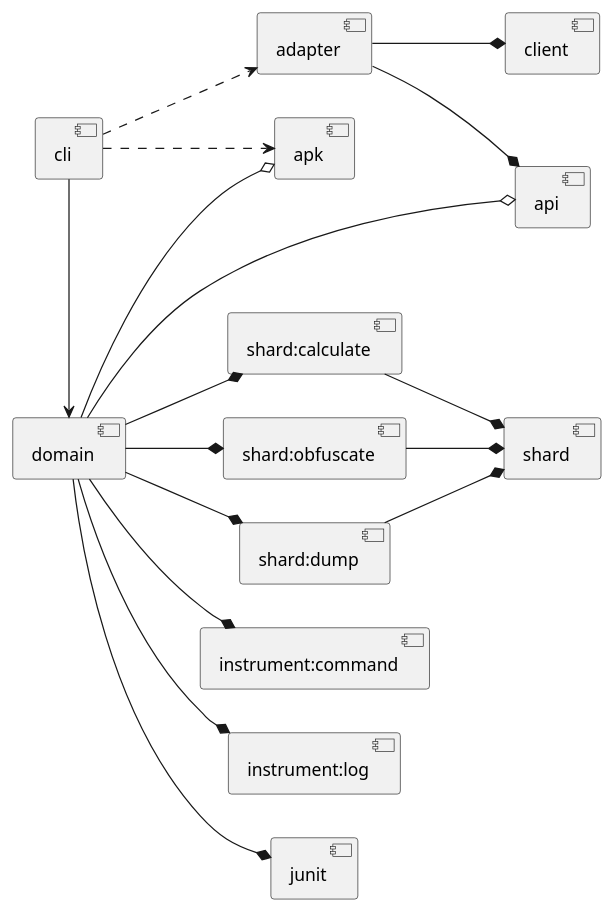
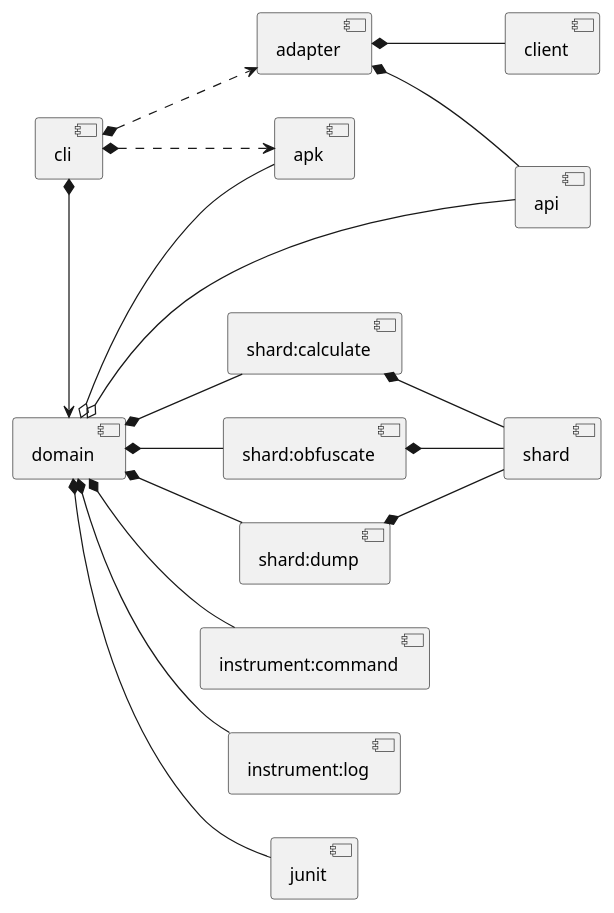
Before and after one commit to Flank/flank: the diagram in docs/corellium/modules.puml, drawn with PlantUML. The commit also changed 1 other file, not shown here.

Commit message:
Fix diagrams

```diff
--- a/docs/corellium/modules.puml
+++ b/docs/corellium/modules.puml
@@ -1,26 +1,26 @@
 @startuml
 
 left to right direction
 
-[cli] ..> [adapter]
-[cli] ..> [apk]
-[cli] -right-> [domain]
+[cli] *..> [adapter]
+[cli] *..> [apk]
+[cli] *-right-> [domain]
 
-[adapter] --* [client]
-[adapter] --* [api]
+[adapter] *-- [client]
+[adapter] *-- [api]
 
-[domain] --o [api]
-[domain] --o [apk]
+[domain] o-- [api]
+[domain] o-- [apk]
 
-[domain] --* [shard:calculate]
-[domain] --* [shard:obfuscate]
-[domain] --* [shard:dump]
-[domain] --* [instrument:command]
-[domain] --* [instrument:log]
-[domain] --* [junit]
+[domain] *-- [shard:calculate]
+[domain] *-- [shard:obfuscate]
+[domain] *-- [shard:dump]
+[domain] *-- [instrument:command]
+[domain] *-- [instrument:log]
+[domain] *-- [junit]
 
-[shard:dump] --* [shard]
-[shard:calculate] --* [shard]
-[shard:obfuscate] --* [shard]
+[shard:dump] *-- [shard]
+[shard:calculate] *-- [shard]
+[shard:obfuscate] *-- [shard]
 
 @enduml
```
